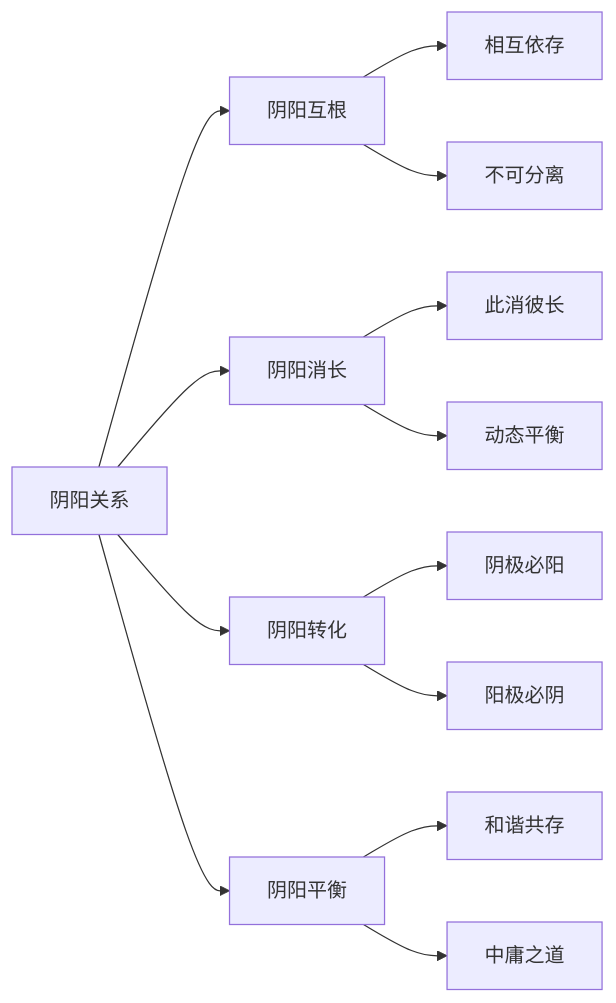
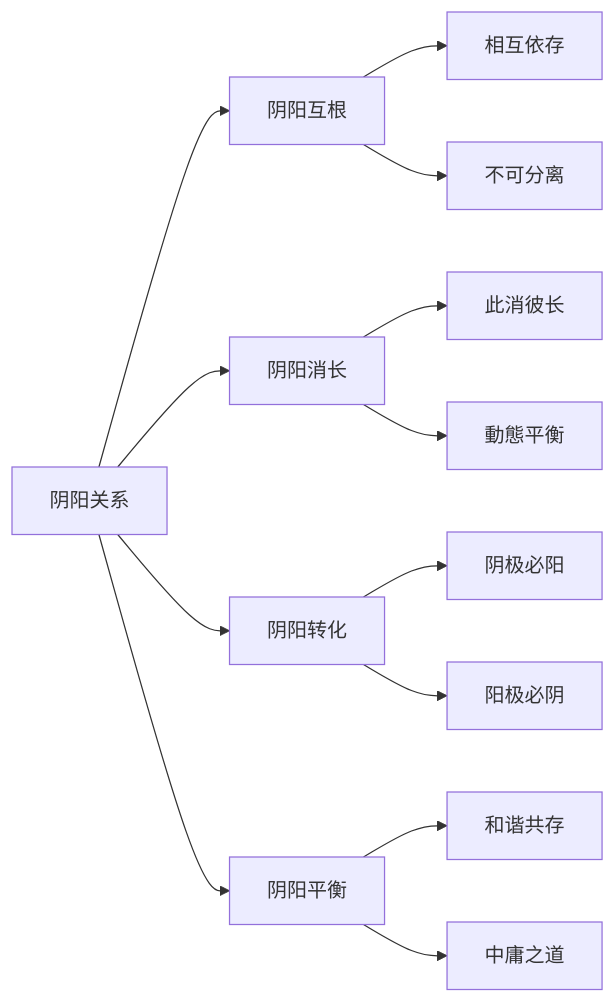
One commit to kmjade/knowledge-value changed the second of 6 diagrams in 3 Resources/04-Interests/易学/01-基础入门/阴阳五行理论基础.md. Above: the diagram before and after it, drawn with Mermaid. The commit also changed other lines of this file and 653 other files, not shown here.

````diff
--- a/3 Resources/04-Interests/易学/01-基础入门/阴阳五行理论基础.md
+++ b/3 Resources/04-Interests/易学/01-基础入门/阴阳五行理论基础.md
@@ -54,19 +54,19 @@
 ```mermaid
 graph LR
     A[阴阳关系] --> B[阴阳互根]
     A --> C[阴阳消长]
     A --> D[阴阳转化]
     A --> E[阴阳平衡]
     
     B --> B1[相互依存]
     B --> B2[不可分离]
     
     C --> C1[此消彼长]
-    C --> C2[动态平衡]
+    C --> C2[動態平衡]
     
     D --> D1[阴极必阳]
     D --> D2[阳极必阴]
     
     E --> E1[和谐共存]
     E --> E2[中庸之道]
 ```
````
